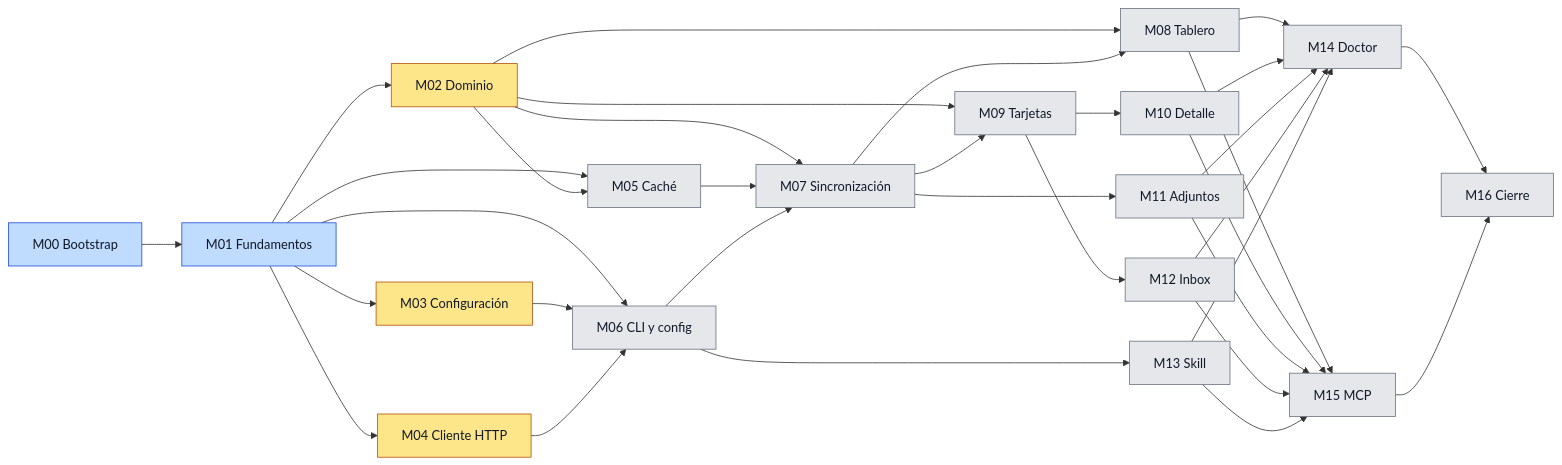
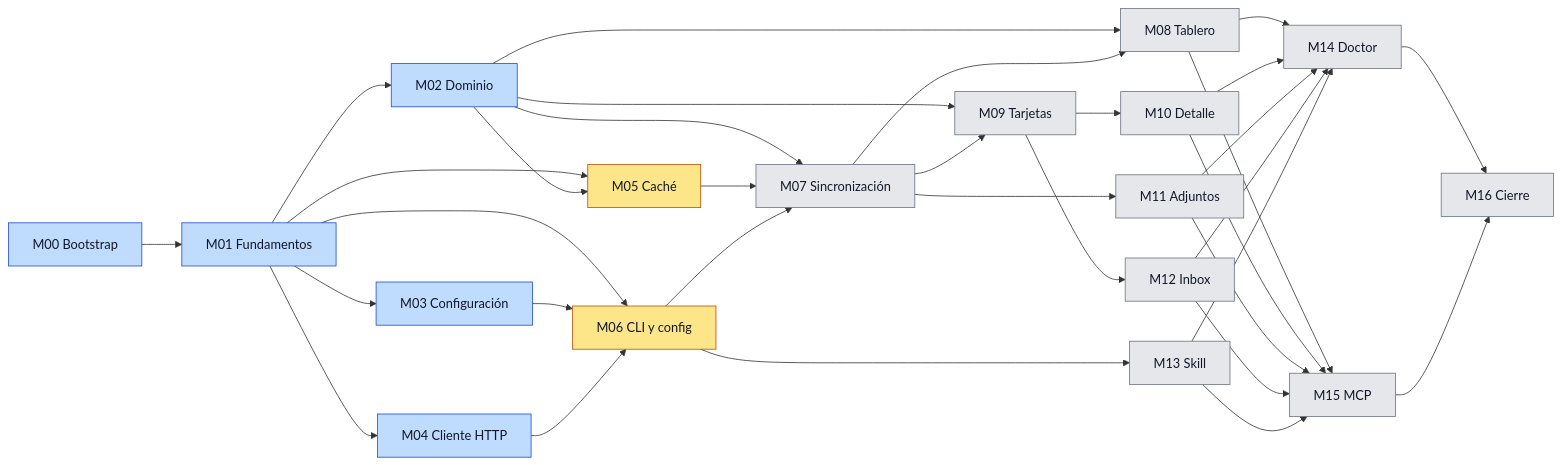
Before and after one commit to dayler/trelloctl: the diagram in docs/plan/00-plan-maestro.md, drawn with Mermaid. The commit also changed other lines of this file, not shown here.

Commit message:
docs(plan): wave 2 in review, start wave 3

````diff
--- a/docs/plan/00-plan-maestro.md
+++ b/docs/plan/00-plan-maestro.md
@@ -84,45 +84,46 @@
 ```mermaid
 flowchart LR
     M00[M00 Bootstrap] --> M01[M01 Fundamentos]
     M01 --> M02[M02 Dominio]
     M01 --> M03[M03 Configuración]
     M01 --> M04[M04 Cliente HTTP]
     M01 --> M05[M05 Caché]
     M02 --> M05
     M01 --> M06[M06 CLI y config]
     M03 --> M06
     M04 --> M06
     M02 --> M07[M07 Sincronización]
     M05 --> M07
     M06 --> M07
     M06 --> M13[M13 Skill]
     M02 --> M08[M08 Tablero]
     M07 --> M08
     M02 --> M09[M09 Tarjetas]
     M07 --> M09
     M07 --> M11[M11 Adjuntos]
     M09 --> M10[M10 Detalle]
     M09 --> M12[M12 Inbox]
     M08 --> M14[M14 Doctor]
     M10 --> M14
     M11 --> M14
     M12 --> M14
     M13 --> M14
     M08 --> M15[M15 MCP]
     M10 --> M15
     M11 --> M15
     M12 --> M15
     M13 --> M15
     M14 --> M16[M16 Cierre]
     M15 --> M16
 
     classDef pending fill:#e5e7eb,stroke:#6b7280,color:#111827
     classDef in_progress fill:#fde68a,stroke:#b45309,color:#111827
     classDef in_review fill:#bfdbfe,stroke:#1d4ed8,color:#111827
     classDef done fill:#bbf7d0,stroke:#15803d,color:#111827
     classDef blocked fill:#fecaca,stroke:#b91c1c,color:#111827
-    class M05,M06,M07,M08,M09,M10,M11,M12,M13,M14,M15,M16 pending
+    class M07,M08,M09,M10,M11,M12,M13,M14,M15,M16 pending
     class M00 in_review
     class M01 in_review
-    class M02,M03,M04 in_progress
+    class M02,M03,M04 in_review
+    class M05,M06 in_progress
 ```
````
